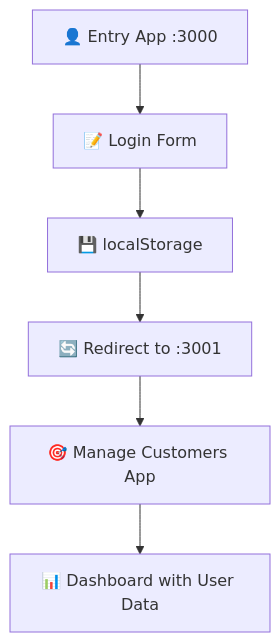
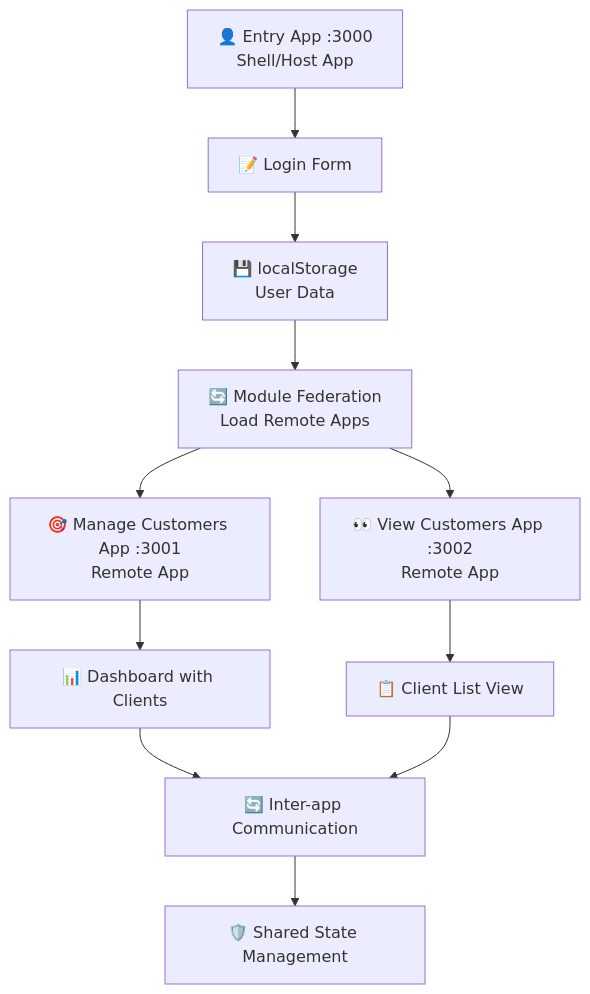
One commit to matheus0415/teddy changed the diagram in README.MD. Above: the diagram before and after it, drawn with Mermaid. The commit also changed other lines of this file, not shown here.

````diff
--- a/README.MD
+++ b/README.MD
@@ -51,8 +70,13 @@
 ```mermaid
 graph TD
-    A[👤 Entry App :3000] --> B[📝 Login Form]
-    B --> C[💾 localStorage]
-    C --> D[🔄 Redirect to :3001]
-    D --> E[🎯 Manage Customers App]
-    E --> F[📊 Dashboard with User Data]
+    A[👤 Entry App :3000<br/>Shell/Host App] --> B[📝 Login Form]
+    B --> C[💾 localStorage<br/>User Data]
+    C --> D[🔄 Module Federation<br/>Load Remote Apps]
+    D --> E[🎯 Manage Customers App :3001<br/>Remote App]
+    D --> F[👀 View Customers App :3002<br/>Remote App] 
+    E --> G[📊 Dashboard with Clients]
+    F --> H[📋 Client List View]
+    G --> I[🔄 Inter-app Communication]
+    H --> I
+    I --> J[🛡️ Shared State Management]
 ```
````
